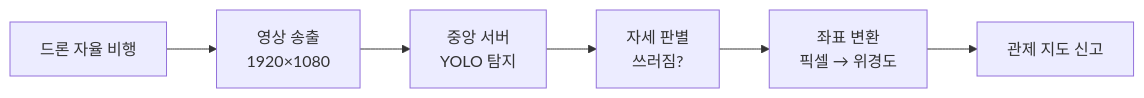
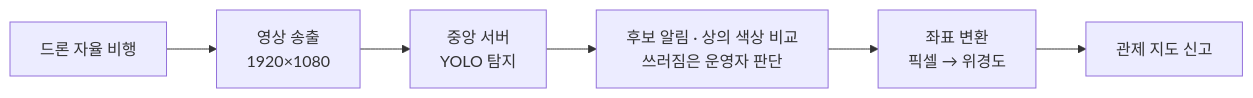
One commit to tim9985/Capstone changed the diagram in obsidian/Drone/01 프로젝트/프로젝트 개요.md. Above: the diagram before and after it, drawn with Mermaid. The commit also changed other lines of this file and 63 other files, not shown here.

````diff
--- a/obsidian/Drone/01 프로젝트/프로젝트 개요.md
+++ b/obsidian/Drone/01 프로젝트/프로젝트 개요.md
@@ -11,8 +11,8 @@
 ```mermaid
 flowchart LR
     A[드론 자율 비행] --> B[영상 송출<br/>1920×1080]
     B --> C[중앙 서버<br/>YOLO 탐지]
-    C --> D[자세 판별<br/>쓰러짐?]
+    C --> D[후보 알림 · 상의 색상 비교<br/>쓰러짐은 운영자 판단]
     D --> E[좌표 변환<br/>픽셀 → 위경도]
     E --> F[관제 지도 신고]
 ```
````
